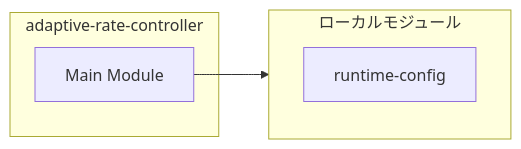
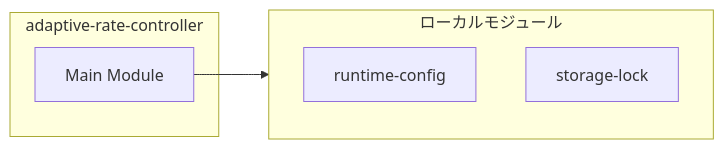
The second of 4 diagrams in ABDD/.pi/lib/adaptive-rate-controller.md (Mekann2904/mekann), drawn with Mermaid before and after one commit. The commit also changed other lines of this file and 205 other files, not shown here.

````diff
--- a/ABDD/.pi/lib/adaptive-rate-controller.md
+++ b/ABDD/.pi/lib/adaptive-rate-controller.md
@@ -101,10 +102,11 @@
 ```mermaid
 flowchart LR
   subgraph this[adaptive-rate-controller]
     main[Main Module]
   end
   subgraph local[ローカルモジュール]
     runtime_config["runtime-config"]
+    storage_lock["storage-lock"]
   end
   main --> local
 ```
````
